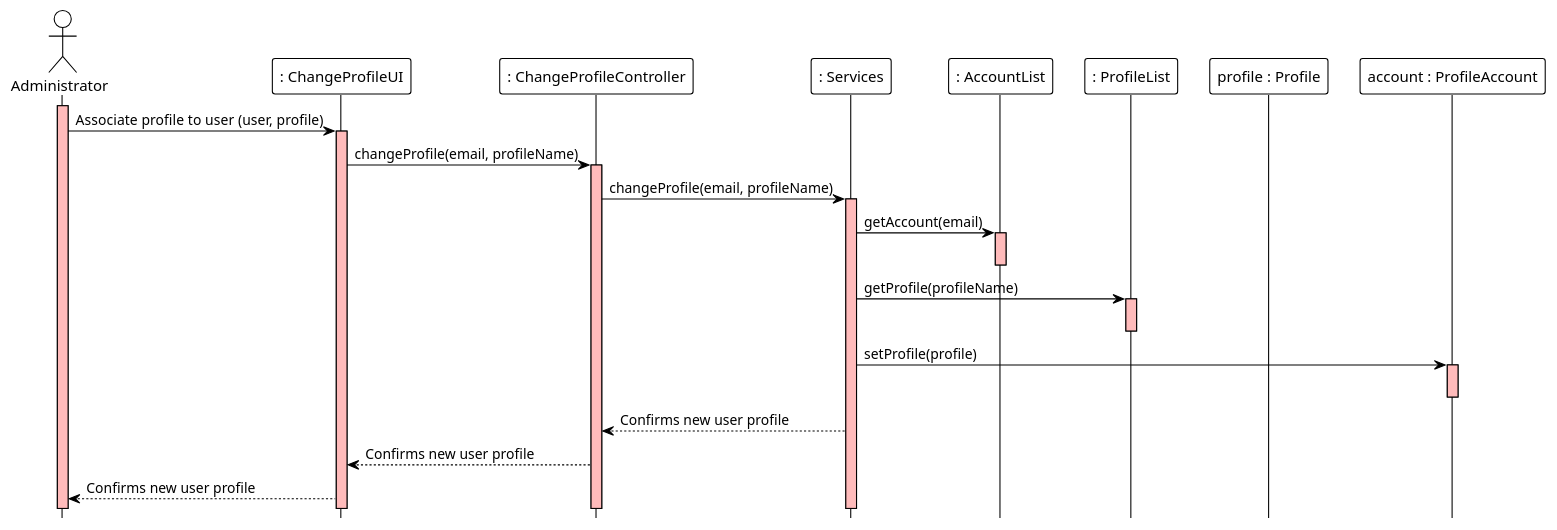
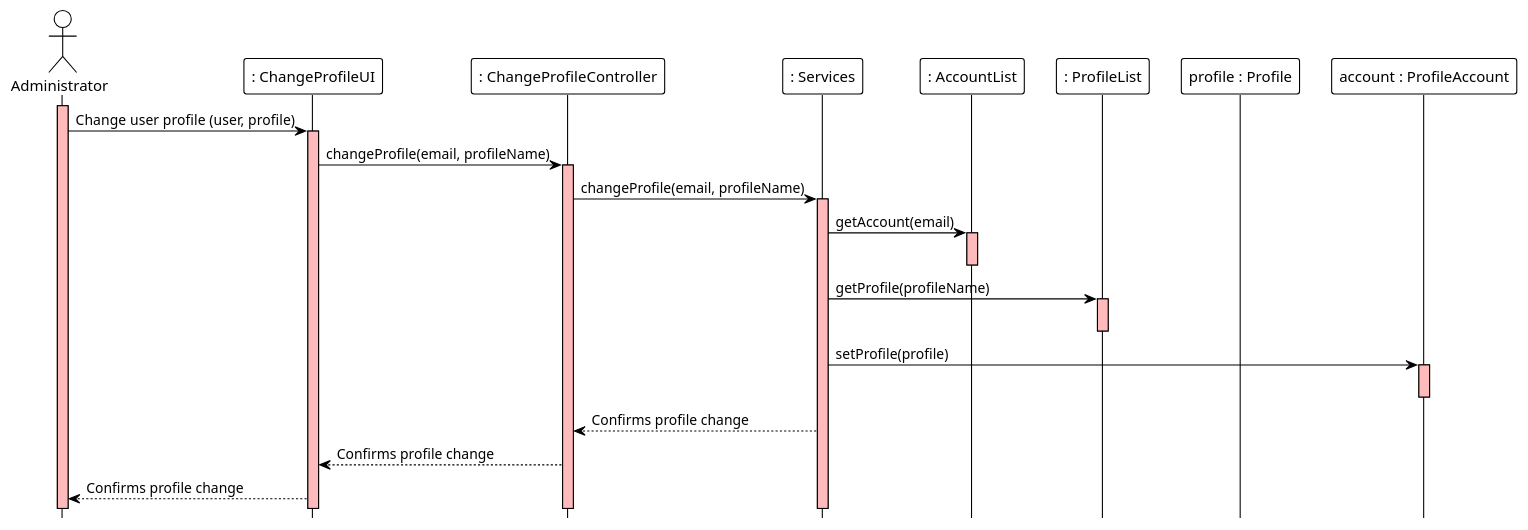
The diagram in docs/modelling_design/user_stories/us003/US003_ChangeProfileSD.puml (ivo-menezes/project_g3), drawn with PlantUML before and after one commit. The commit also changed 1 other file, not shown here.

Commit message:
US003 : Update : Change Profile SD and SSD

```diff
--- a/docs/modelling_design/user_stories/us003/US003_ChangeProfileSD.puml
+++ b/docs/modelling_design/user_stories/us003/US003_ChangeProfileSD.puml
@@ -1,36 +1,36 @@
 @startuml
 !theme plain
 hide footbox
 
 actor Administrator
 participant ": ChangeProfileUI" as UI
 participant ": ChangeProfileController" as Controller
 participant ": Services" as Services
 participant ": AccountList" as AccountList
 participant ": ProfileList" as ProfileList
 participant "profile : Profile" as Profile
 participant "account : ProfileAccount" as Account
 
 
 
 activate Administrator #FFBBBB
-Administrator -> UI : Associate profile to user (user, profile)
+Administrator -> UI : Change user profile (user, profile)
 activate UI #FFBBBB
 UI -> Controller : changeProfile(email, profileName)
 activate Controller #FFBBBB
 Controller -> Services : changeProfile(email, profileName)
 activate Services #FFBBBB
 Services -> AccountList : getAccount(email)
 activate AccountList #FFBBBB
 deactivate AccountList
 Services -> ProfileList : getProfile(profileName)
 activate ProfileList #FFBBBB
 deactivate ProfileList #FFBBBB
 Services -> Account : setProfile(profile)
 activate Account #FFBBBB
 deactivate Account #FFBBBB
 
-Services --> Controller : Confirms new user profile
-Controller --> UI : Confirms new user profile
-UI --> Administrator : Confirms new user profile
+Services --> Controller : Confirms profile change
+Controller --> UI : Confirms profile change
+UI --> Administrator : Confirms profile change
 @enduml
```
